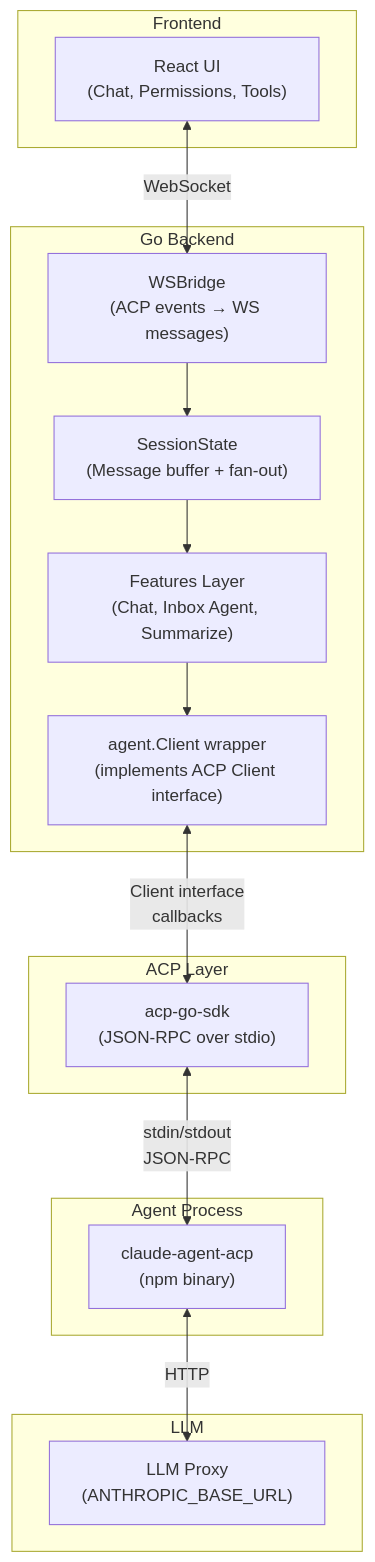
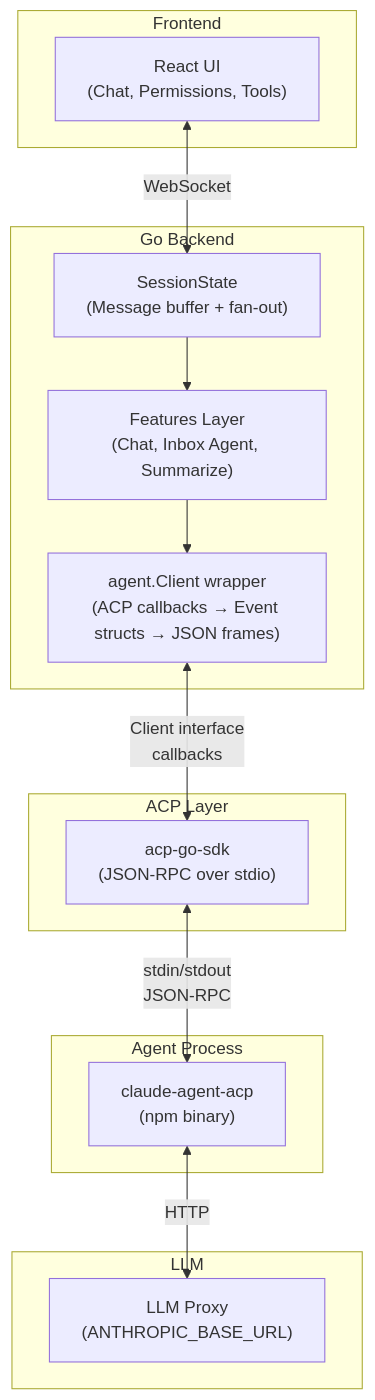
One commit to xiaoyuanzhu-com/my-life-db-docs changed the first of 3 diagrams in src/content/docs/tech-design/acp.md. Above: the diagram before and after it, drawn with Mermaid. The commit also changed other lines of this file, not shown here.

First line of the commit message:
update ACP doc: remove envelope concept, describe direct frame composition

````diff
--- a/src/content/docs/tech-design/acp.md
+++ b/src/content/docs/tech-design/acp.md
@@ -20,33 +20,31 @@
 ```mermaid
 graph TD
     subgraph "Frontend"
         UI["React UI\n(Chat, Permissions, Tools)"]
     end
 
     subgraph "Go Backend"
         Features["Features Layer\n(Chat, Inbox Agent, Summarize)"]
-        WSBridge["WSBridge\n(ACP events → WS messages)"]
         SessionState["SessionState\n(Message buffer + fan-out)"]
-        Client["agent.Client wrapper\n(implements ACP Client interface)"]
+        Client["agent.Client wrapper\n(ACP callbacks → Event structs → JSON frames)"]
     end
 
     subgraph "ACP Layer"
         SDK["acp-go-sdk\n(JSON-RPC over stdio)"]
     end
 
     subgraph "Agent Process"
         AgentBin["claude-agent-acp\n(npm binary)"]
     end
 
     subgraph "LLM"
         Proxy["LLM Proxy\n(ANTHROPIC_BASE_URL)"]
     end
 
-    UI <-->|WebSocket| WSBridge
-    WSBridge --> SessionState
+    UI <-->|WebSocket| SessionState
     SessionState --> Features
     Features --> Client
     Client <-->|"Client interface\ncallbacks"| SDK
     SDK <-->|"stdin/stdout\nJSON-RPC"| AgentBin
     AgentBin <-->|HTTP| Proxy
 ```
````
